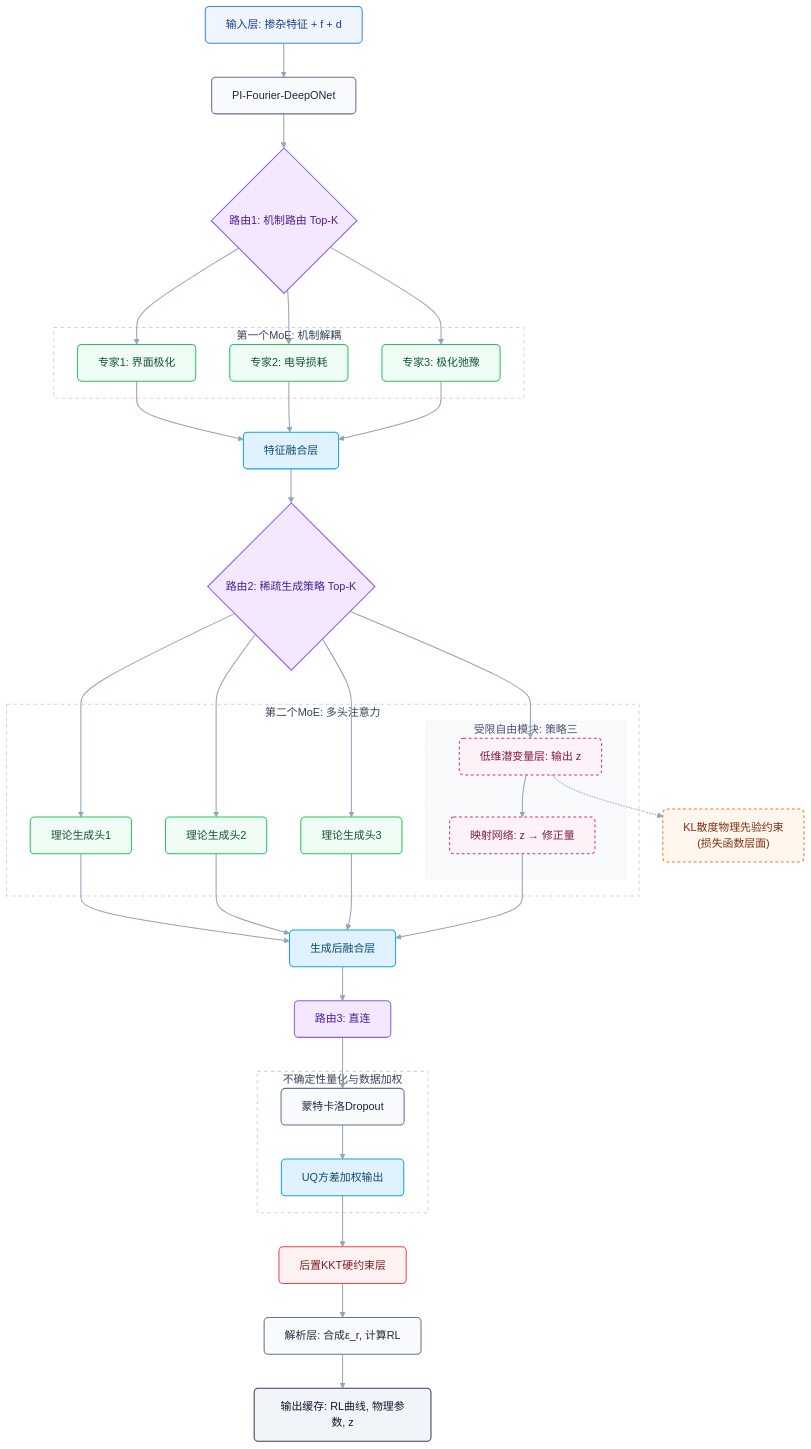
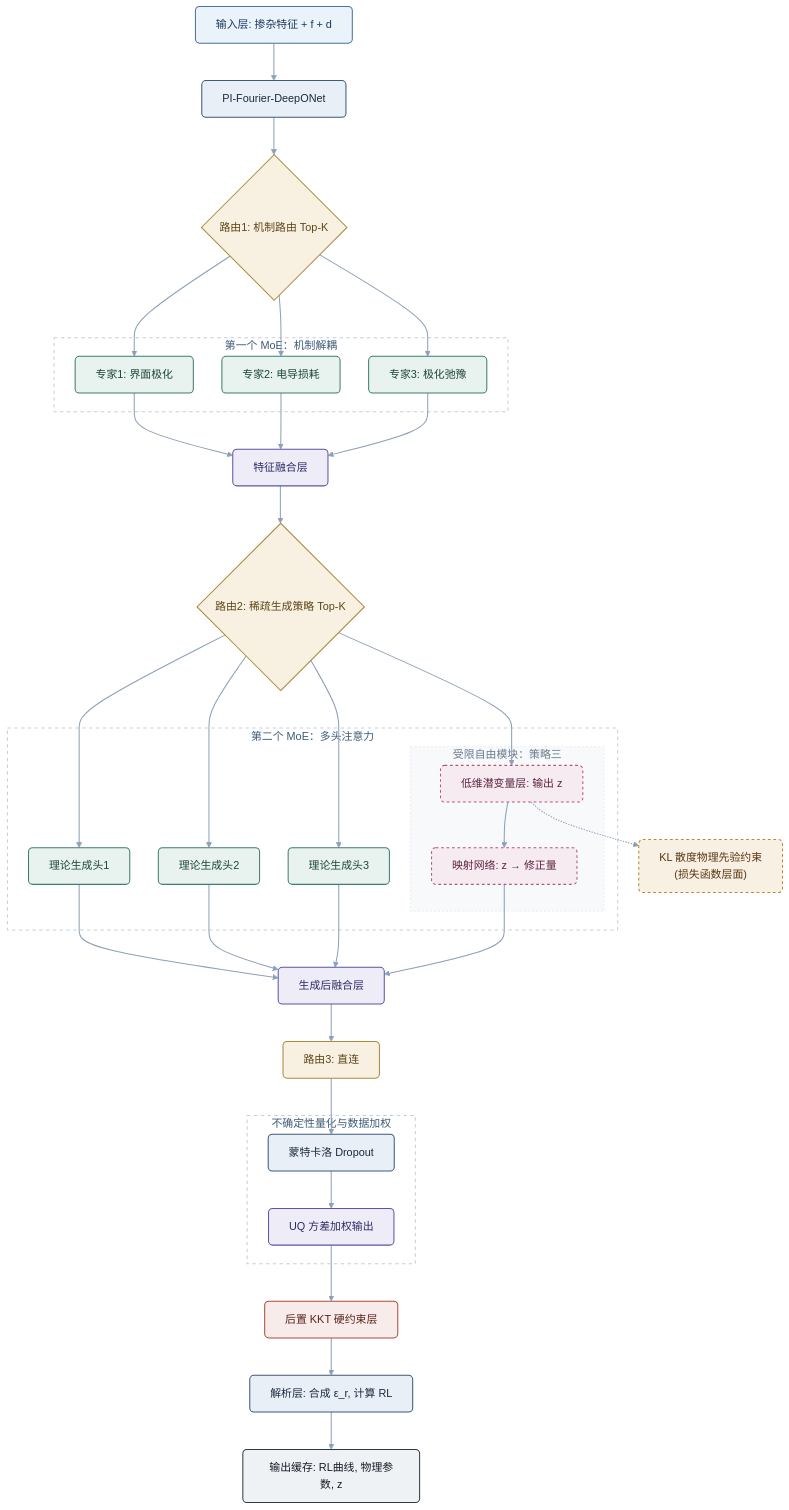
Before and after one commit to JasminePhy/iodraw-files: the diagram in all/未命名.md, drawn with Mermaid.

Commit message:
2026-10-12 22:25:10 update

````diff
--- a/all/未命名.md
+++ b/all/未命名.md
@@ -1,77 +1,79 @@
 ```mermaid
+%%{init: {"theme":"base", "flowchart":{"nodeSpacing":42, "rankSpacing":55, "curve":"basis"}}}%%
+
 flowchart TD
-    %% 核心配色与样式定义（极简学术风）
-    classDef inputBox fill:#EFF6FF,stroke:#3B82F6,stroke-width:1.5px,color:#1E3A8A,rx:6px,ry:6px;
-    classDef modelBox fill:#F8FAFC,stroke:#64748B,stroke-width:1.5px,color:#1E293B,rx:6px,ry:6px;
-    classDef routerBox fill:#F3E8FF,stroke:#8B5CF6,stroke-width:1.5px,color:#4C1D95,rx:6px,ry:6px;
-    classDef expertBox fill:#F0FDF4,stroke:#22C55E,stroke-width:1.5px,color:#14532D,rx:6px,ry:6px;
-    classDef fusionBox fill:#E0F2FE,stroke:#0EA5E9,stroke-width:1.5px,color:#0C4A6E,rx:6px,ry:6px;
-    classDef latentBox fill:#FDF2F8,stroke:#DB2777,stroke-width:1.5px,color:#831843,rx:6px,ry:6px,stroke-dasharray:4 4;
-    classDef hardBox fill:#FEF2F2,stroke:#EF4444,stroke-width:1.5px,color:#7F1D1D,rx:6px,ry:6px;
-    classDef outputBox fill:#F1F5F9,stroke:#334155,stroke-width:1.5px,color:#0F172A,rx:6px,ry:6px;
-    classDef lossBox fill:#FFF7ED,stroke:#F97316,stroke-width:1.5px,color:#7C2D12,rx:6px,ry:6px,stroke-dasharray:4 4;
+    %% 配色定义（深冷学术风：冷色系为骨架，暖金色做决策强调）
+    classDef inputBox fill:#EAF2FA,stroke:#4A6FA5,stroke-width:1.5px,color:#1E3A5F,rx:6px,ry:6px;
+    classDef modelBox fill:#E9EFF6,stroke:#3D5A78,stroke-width:1.5px,color:#1B2A3F,rx:6px,ry:6px;
+    classDef routerBox fill:#F8F1E2,stroke:#A98B3E,stroke-width:1.5px,color:#5C4617,rx:6px,ry:6px;
+    classDef expertBox fill:#E8F2EF,stroke:#3F7D6E,stroke-width:1.5px,color:#1E463A,rx:6px,ry:6px;
+    classDef fusionBox fill:#EDECF7,stroke:#5A56A8,stroke-width:1.5px,color:#2E2A66,rx:6px,ry:6px;
+    classDef latentBox fill:#F6EBF1,stroke:#B2567B,stroke-width:1.5px,color:#5B2440,rx:6px,ry:6px,stroke-dasharray:4 4;
+    classDef hardBox fill:#F7ECE9,stroke:#AE4B3C,stroke-width:1.5px,color:#5A241C,rx:6px,ry:6px;
+    classDef outputBox fill:#EFF2F5,stroke:#2E3A48,stroke-width:1.5px,color:#141B24,rx:6px,ry:6px;
+    classDef lossBox fill:#F8F0E3,stroke:#BF823A,stroke-width:1.5px,color:#593810,rx:6px,ry:6px,stroke-dasharray:4 4;
 
     %% 主流程
     Input["输入层: 掺杂特征 + f + d"]:::inputBox
     Fourier["PI-Fourier-DeepONet"]:::modelBox
     Router1{"路由1: 机制路由 Top-K"}:::routerBox
-    
-    subgraph MoE1 ["第一个MoE: 机制解耦"]
+
+    subgraph MoE1 ["第一个 MoE：机制解耦"]
         Expert1["专家1: 界面极化"]:::expertBox
         Expert2["专家2: 电导损耗"]:::expertBox
         Expert3["专家3: 极化弛豫"]:::expertBox
     end
-    
+
     Fusion1["特征融合层"]:::fusionBox
     Router2{"路由2: 稀疏生成策略 Top-K"}:::routerBox
-    
-    subgraph MoE2 ["第二个MoE: 多头注意力"]
+
+    subgraph MoE2 ["第二个 MoE：多头注意力"]
         Gen1["理论生成头1"]:::expertBox
         Gen2["理论生成头2"]:::expertBox
         Gen3["理论生成头3"]:::expertBox
-        subgraph FreeBlock ["受限自由模块: 策略三"]
+        subgraph FreeBlock ["受限自由模块：策略三"]
             Latent["低维潜变量层: 输出 z"]:::latentBox
             MapNet["映射网络: z → 修正量"]:::latentBox
         end
     end
-    
+
     Fusion2["生成后融合层"]:::fusionBox
     Router3["路由3: 直连"]:::routerBox
-    
+
     subgraph UQ ["不确定性量化与数据加权"]
-        MCDropout["蒙特卡洛Dropout"]:::modelBox
-        WeightUQ["UQ方差加权输出"]:::fusionBox
+        MCDropout["蒙特卡洛 Dropout"]:::modelBox
+        WeightUQ["UQ 方差加权输出"]:::fusionBox
     end
-    
-    PostHard["后置KKT硬约束层"]:::hardBox
-    Analytic["解析层: 合成ε_r, 计算RL"]:::modelBox
+
+    PostHard["后置 KKT 硬约束层"]:::hardBox
+    Analytic["解析层: 合成 ε_r, 计算 RL"]:::modelBox
     Output["输出缓存: RL曲线, 物理参数, z"]:::outputBox
-    KL["KL散度物理先验约束\n(损失函数层面)"]:::lossBox
+    KL["KL 散度物理先验约束<br/>(损失函数层面)"]:::lossBox
 
-    %% 连线逻辑
+    %% 连线逻辑（与原版一致，未改动）
     Input --> Fourier --> Router1
     Router1 --> Expert1
     Router1 --> Expert2
     Router1 --> Expert3
-    
+
     Expert1 --> Fusion1
     Expert2 --> Fusion1
     Expert3 --> Fusion1
-    
+
     Fusion1 --> Router2
     Router2 --> Gen1
     Router2 --> Gen2
     Router2 --> Gen3
     Router2 --> Latent
-    
+
     Latent --> MapNet
     Latent -.-> KL
-    
+
     Gen1 --> Fusion2
     Gen2 --> Fusion2
     Gen3 --> Fusion2
     MapNet --> Fusion2
-    
+
     Fusion2 --> Router3
     Router3 --> MCDropout
     MCDropout --> WeightUQ
@@ -79,12 +81,12 @@
     PostHard --> Analytic
     Analytic --> Output
 
-    %% 强制将子图底色改为纯白并去除土黄色底色，提升高级感
-    style MoE1 fill:#ffffff,stroke:#cbd5e1,stroke-width:1.5px,stroke-dasharray: 5 5,color:#334155
-    style MoE2 fill:#ffffff,stroke:#cbd5e1,stroke-width:1.5px,stroke-dasharray: 5 5,color:#334155
-    style FreeBlock fill:#f8fafc,stroke:#e2e8f0,stroke-width:1px,stroke-dasharray: 3 3,color:#475569
-    style UQ fill:#ffffff,stroke:#cbd5e1,stroke-width:1.5px,stroke-dasharray: 5 5,color:#334155
+    %% 子图统一收灰，纯白底 + 细虚线边框
+    style MoE1 fill:#FFFFFF,stroke:#C4CFDB,stroke-width:1.5px,stroke-dasharray:5 5,color:#3D5A78
+    style MoE2 fill:#FFFFFF,stroke:#C4CFDB,stroke-width:1.5px,stroke-dasharray:5 5,color:#3D5A78
+    style FreeBlock fill:#F7F9FB,stroke:#DFE6EE,stroke-width:1px,stroke-dasharray:3 3,color:#6A7B8C
+    style UQ fill:#FFFFFF,stroke:#C4CFDB,stroke-width:1.5px,stroke-dasharray:5 5,color:#3D5A78
 
-    %% 统一连线样式
-    linkStyle default stroke:#94A3B8,stroke-width:1.5px,fill:none;
+    %% 连线统一
+    linkStyle default stroke:#8CA0B8,stroke-width:1.5px,fill:none;
 ```
````
